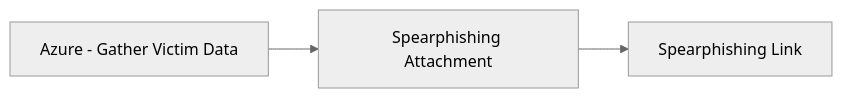
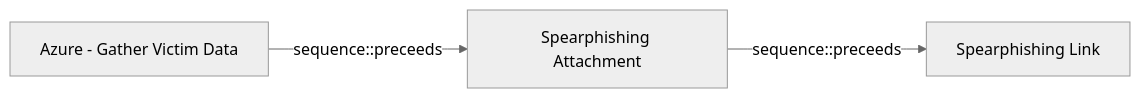
Before and after one commit to opentidehq/library: the diagram in docs/threats/azure-gather-victim-data.md, drawn with Mermaid (neutral theme). The commit also changed other lines of this file and 277 other files, not shown here.

````diff
--- a/docs/threats/azure-gather-victim-data.md
+++ b/docs/threats/azure-gather-victim-data.md
@@ -59,8 +102,8 @@
 ```mermaid
 flowchart LR
 4e7eae8e_6615_41f2_bfe1_21a04f7a6088["Azure - Gather Victim Data"]
 dd5d942c_bac4_4000_b9a6_ca4fef6cfb84["Spearphishing Attachment"]
 1a68b5eb_0112_424d_a21f_88dda0b6b8df["Spearphishing Link"]
-4e7eae8e_6615_41f2_bfe1_21a04f7a6088 --> dd5d942c_bac4_4000_b9a6_ca4fef6cfb84
-dd5d942c_bac4_4000_b9a6_ca4fef6cfb84 --> 1a68b5eb_0112_424d_a21f_88dda0b6b8df
+4e7eae8e_6615_41f2_bfe1_21a04f7a6088 -->|sequence::preceeds| dd5d942c_bac4_4000_b9a6_ca4fef6cfb84
+dd5d942c_bac4_4000_b9a6_ca4fef6cfb84 -->|sequence::preceeds| 1a68b5eb_0112_424d_a21f_88dda0b6b8df
 ```
````
